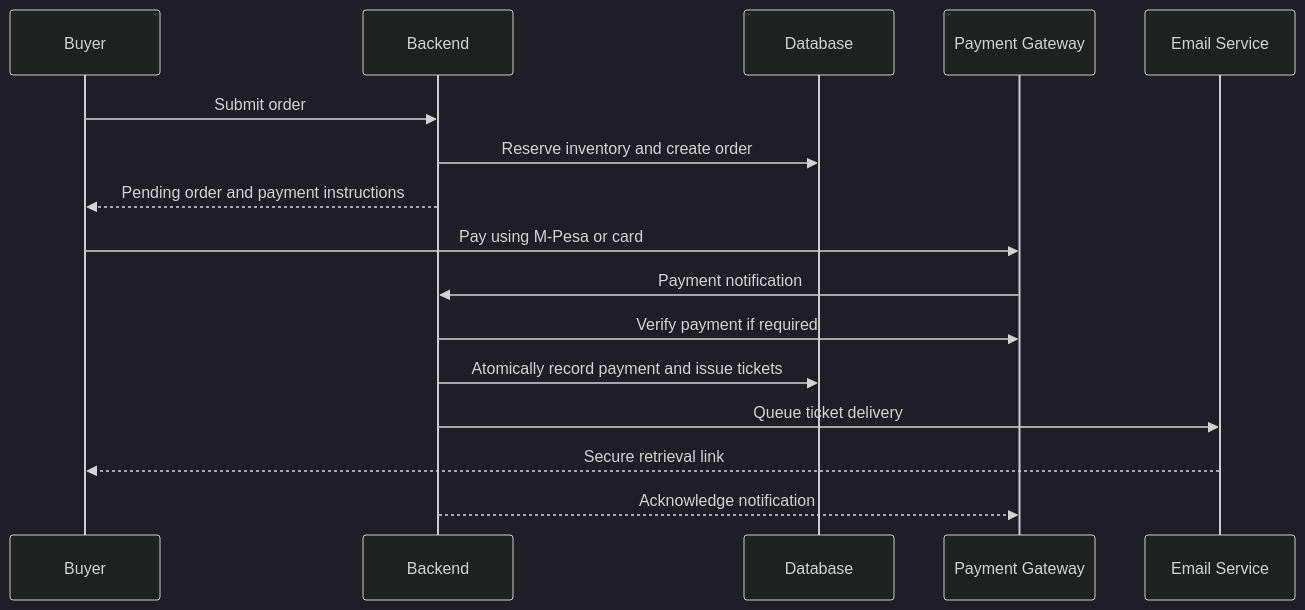
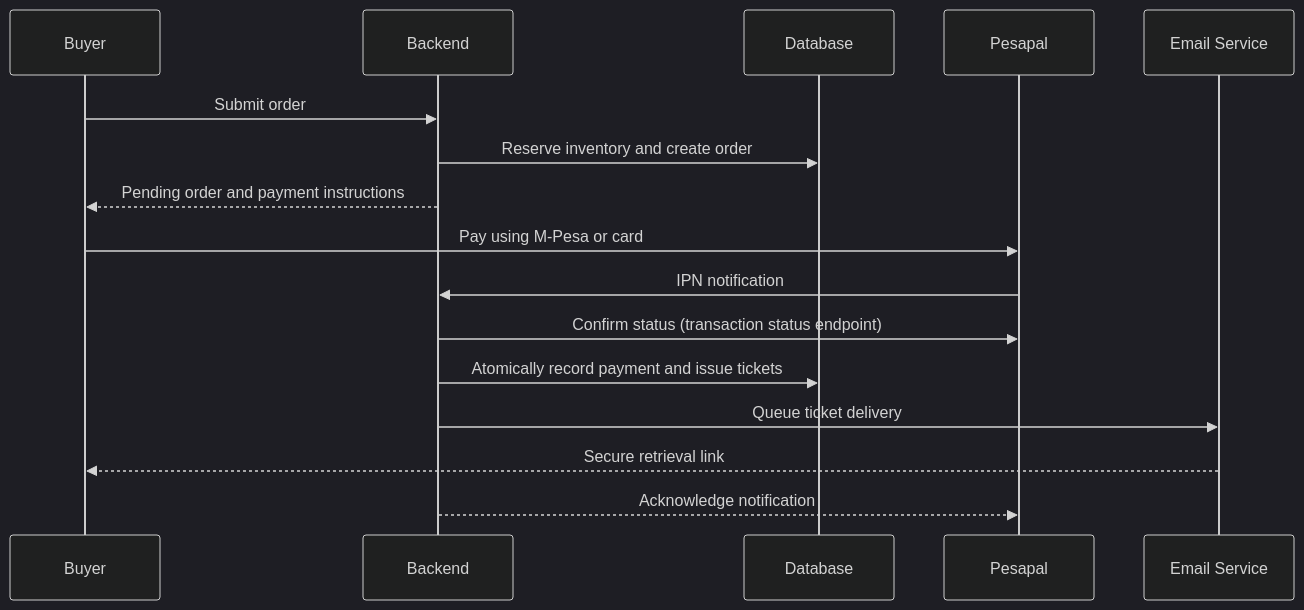
One commit to kreativesahara/ticket changed the diagram in doc/diagrams/v1/06-payment-to-ticket-sequence.mmd. Above: the diagram before and after it, drawn with Mermaid (dark theme). The commit also changed 35 other files, not shown here.

Commit message:
docs: add architecture diagrams, state machines, and documentation files

```diff
--- a/doc/diagrams/v1/06-payment-to-ticket-sequence.mmd
+++ b/doc/diagrams/v1/06-payment-to-ticket-sequence.mmd
@@ -1,17 +1,17 @@
 sequenceDiagram
     participant Buyer
     participant Backend
     participant Database
-    participant Gateway as Payment Gateway
+    participant Gateway as Pesapal
     participant Email as Email Service
 
     Buyer->>Backend: Submit order
     Backend->>Database: Reserve inventory and create order
     Backend-->>Buyer: Pending order and payment instructions
     Buyer->>Gateway: Pay using M-Pesa or card
-    Gateway->>Backend: Payment notification
-    Backend->>Gateway: Verify payment if required
+    Gateway->>Backend: IPN notification
+    Backend->>Gateway: Confirm status (transaction status endpoint)
     Backend->>Database: Atomically record payment and issue tickets
     Backend->>Email: Queue ticket delivery
     Email-->>Buyer: Secure retrieval link
     Backend-->>Gateway: Acknowledge notification
```
